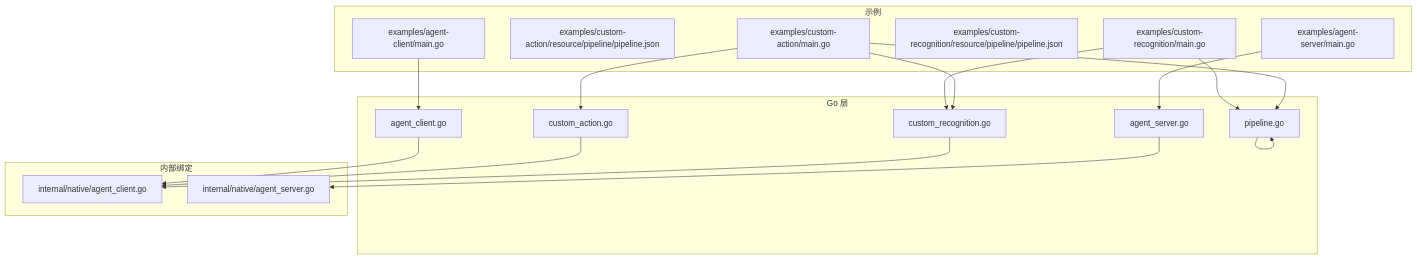
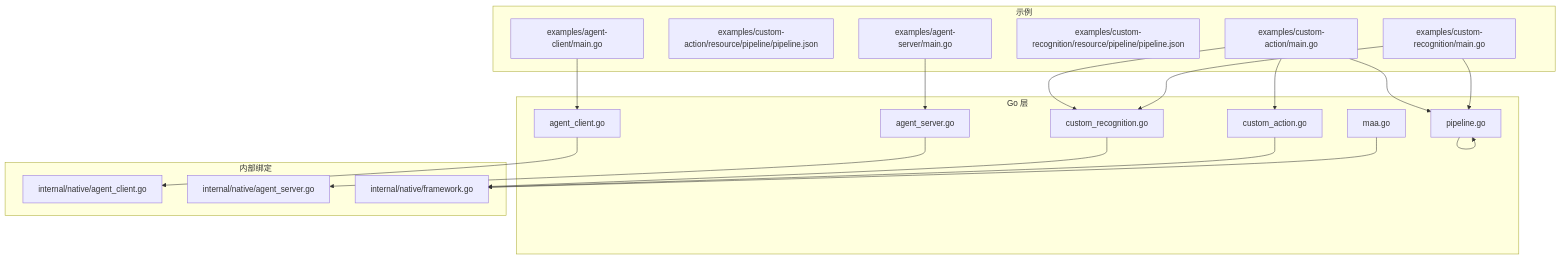
One commit to kqcoxn/MaaPipelineEditor changed the first of 8 diagrams in instructions/maafw-golang-binding/高级功能/高级功能.md. Above: the diagram before and after it, drawn with Mermaid. The commit also changed other lines of this file and 7 other files, not shown here.

````diff
--- a/instructions/maafw-golang-binding/高级功能/高级功能.md
+++ b/instructions/maafw-golang-binding/高级功能/高级功能.md
@@ -47,34 +57,37 @@
 ```mermaid
 graph TB
 subgraph "Go 层"
 A["custom_recognition.go"]
 B["custom_action.go"]
 C["agent_client.go"]
 D["agent_server.go"]
 E["pipeline.go"]
+F["maa.go"]
 end
 subgraph "内部绑定"
-F["internal/native/agent_client.go"]
-G["internal/native/agent_server.go"]
+G["internal/native/agent_client.go"]
+H["internal/native/agent_server.go"]
+I["internal/native/framework.go"]
 end
 subgraph "示例"
-H["examples/custom-action/main.go"]
-I["examples/custom-action/resource/pipeline/pipeline.json"]
-J["examples/custom-recognition/main.go"]
-K["examples/custom-recognition/resource/pipeline/pipeline.json"]
-L["examples/agent-client/main.go"]
-M["examples/agent-server/main.go"]
+J["examples/custom-action/main.go"]
+K["examples/custom-action/resource/pipeline/pipeline.json"]
+L["examples/custom-recognition/main.go"]
+M["examples/custom-recognition/resource/pipeline/pipeline.json"]
+N["examples/agent-client/main.go"]
+O["examples/agent-server/main.go"]
 end
-A --> F
-B --> F
-C --> F
-D --> G
+A --> I
+B --> I
+C --> G
+D --> H
 E --> E
-H --> A
-H --> B
-H --> E
+F --> I
 J --> A
+J --> B
 J --> E
-L --> C
-M --> D
+L --> A
+L --> E
+N --> C
+O --> D
 ```
````
